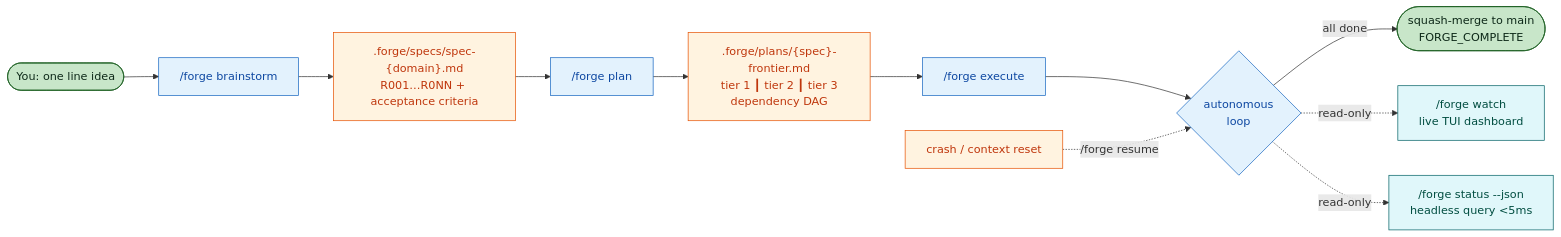
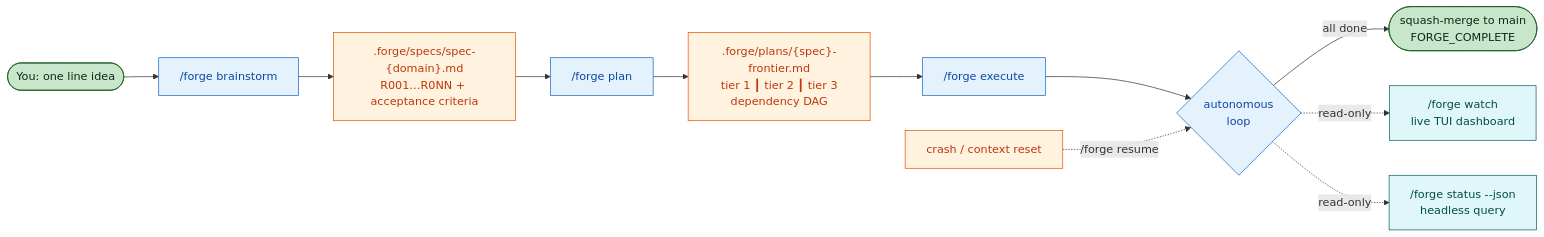
Before and after one commit to LucasDuys/forge: the first of 6 diagrams in README.md, drawn with Mermaid. The commit also changed other lines of this file, not shown here.

First line of the commit message:
docs(readme): overhaul for clarity, honest numbers, and fast-read structure

````diff
--- a/README.md
+++ b/README.md
@@ -108,24 +203,24 @@
 ```mermaid
 flowchart LR
     User([You: one line idea]) --> Bs["/forge brainstorm"]
     Bs --> Spec[".forge/specs/spec-{domain}.md<br/>R001…R0NN + acceptance criteria"]
     Spec --> Plan["/forge plan"]
     Plan --> Frontier[".forge/plans/{spec}-frontier.md<br/>tier 1 ┃ tier 2 ┃ tier 3<br/>dependency DAG"]
     Frontier --> Exec["/forge execute"]
     Exec --> Loop{"autonomous<br/>loop"}
     Loop -->|all done| Done([squash-merge to main<br/>FORGE_COMPLETE])
     Loop -.->|read-only| Watch["/forge watch<br/>live TUI dashboard"]
-    Loop -.->|read-only| Headless["/forge status --json<br/>headless query &lt;5ms"]
+    Loop -.->|read-only| Headless["/forge status --json<br/>headless query"]
     Crash[crash / context reset] -.->|/forge resume| Loop
 
     classDef cmd fill:#e3f2fd,stroke:#1565c0,color:#0d47a1
     classDef state fill:#fff3e0,stroke:#e65100,color:#bf360c
     classDef ui fill:#e0f7fa,stroke:#006064,color:#004d40
     classDef done fill:#c8e6c9,stroke:#1b5e20,color:#0d2818
 
     class Bs,Plan,Exec,Loop cmd
     class Spec,Frontier state
     class Watch,Headless ui
     class Done,User done
     class Crash state
 ```
````
